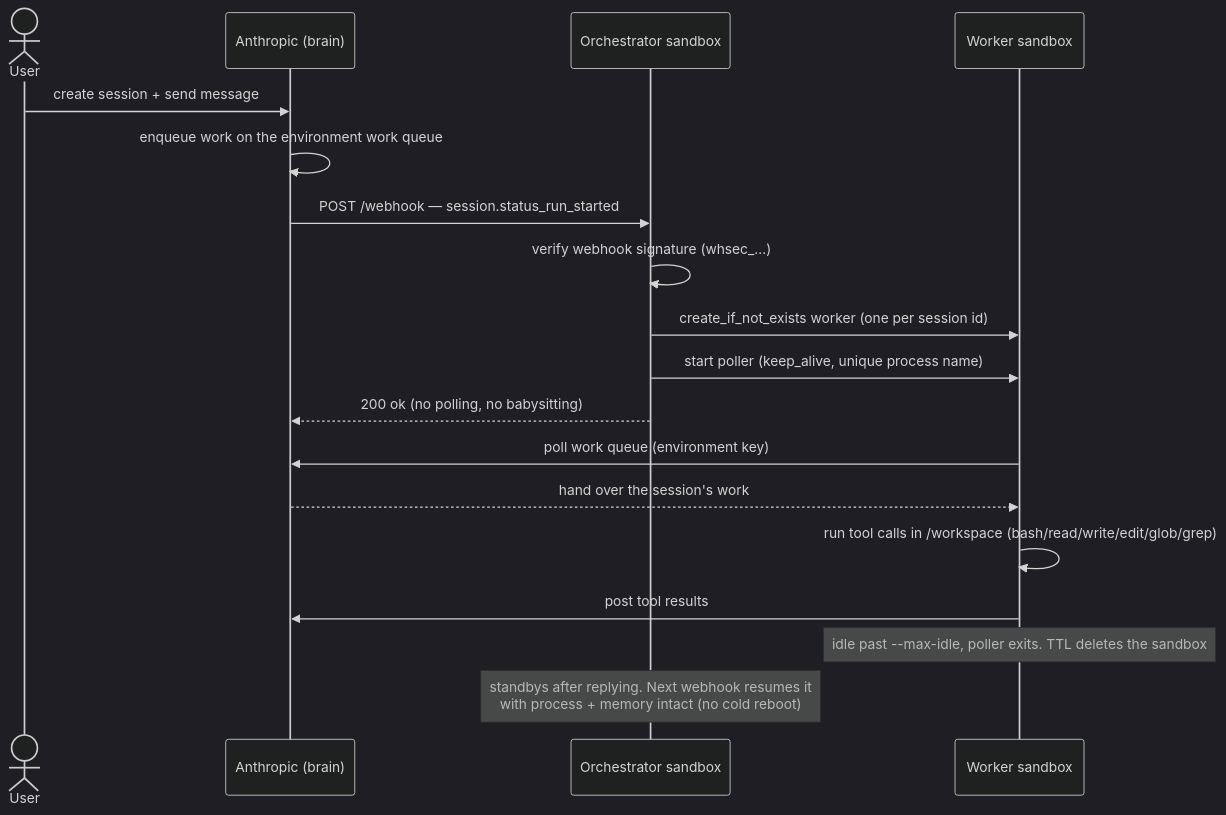
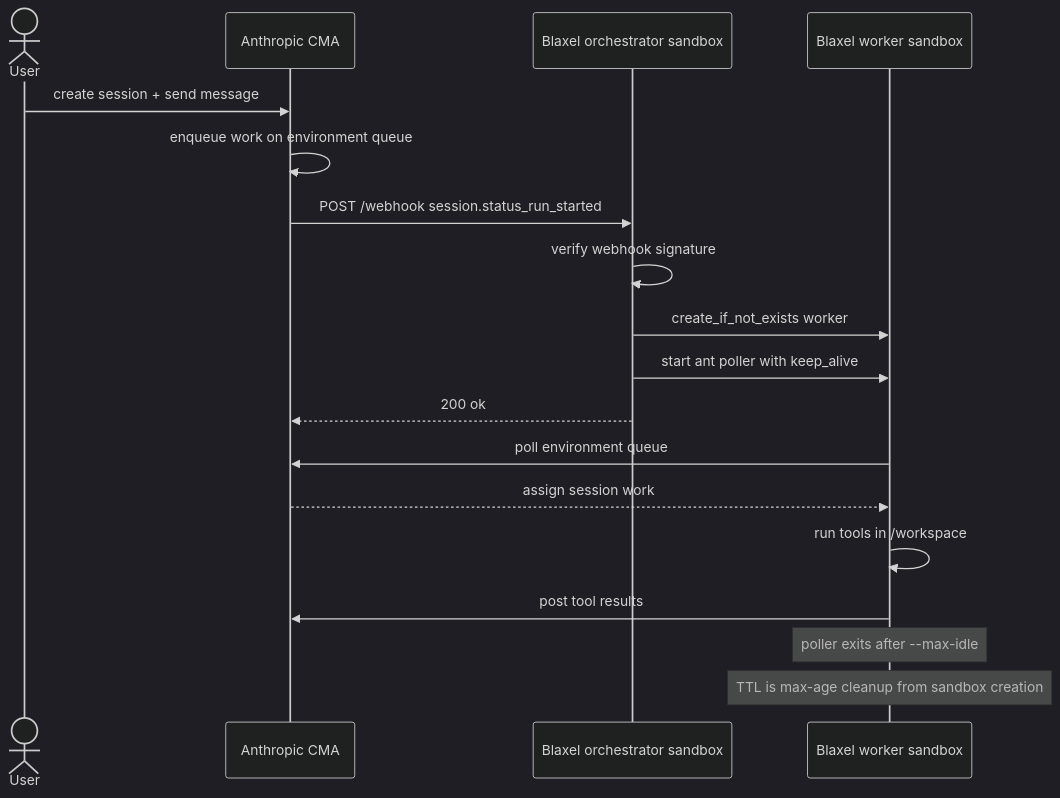
The diagram in GUIDE.md (blaxel-ai/cma-blaxel-sandbox), drawn with Mermaid (dark theme) before and after one commit. The commit also changed other lines of this file and 13 other files, not shown here.

Commit message:
Polish CMA cookbook setup flow

````diff
--- a/GUIDE.md
+++ b/GUIDE.md
@@ -27,21 +49,21 @@
 ```mermaid
 sequenceDiagram
     actor User
-    participant A as Anthropic (brain)
-    participant O as Orchestrator sandbox
-    participant W as Worker sandbox
+    participant A as Anthropic CMA
+    participant O as Blaxel orchestrator sandbox
+    participant W as Blaxel worker sandbox
 
     User->>A: create session + send message
-    A->>A: enqueue work on the environment work queue
-    A->>O: POST /webhook — session.status_run_started
-    O->>O: verify webhook signature (whsec_…)
-    O->>W: create_if_not_exists worker (one per session id)
-    O->>W: start poller (keep_alive, unique process name)
-    O-->>A: 200 ok (no polling, no babysitting)
-    W->>A: poll work queue (environment key)
-    A-->>W: hand over the session's work
-    W->>W: run tool calls in /workspace (bash/read/write/edit/glob/grep)
+    A->>A: enqueue work on environment queue
+    A->>O: POST /webhook session.status_run_started
+    O->>O: verify webhook signature
+    O->>W: create_if_not_exists worker
+    O->>W: start ant poller with keep_alive
+    O-->>A: 200 ok
+    W->>A: poll environment queue
+    A-->>W: assign session work
+    W->>W: run tools in /workspace
     W->>A: post tool results
-    Note over W: idle past --max-idle, poller exits. TTL deletes the sandbox
-    Note over O: standbys after replying. Next webhook resumes it<br/>with process + memory intact (no cold reboot)
+    Note over W: poller exits after --max-idle
+    Note over W: TTL is max-age cleanup from sandbox creation
 ```
````
